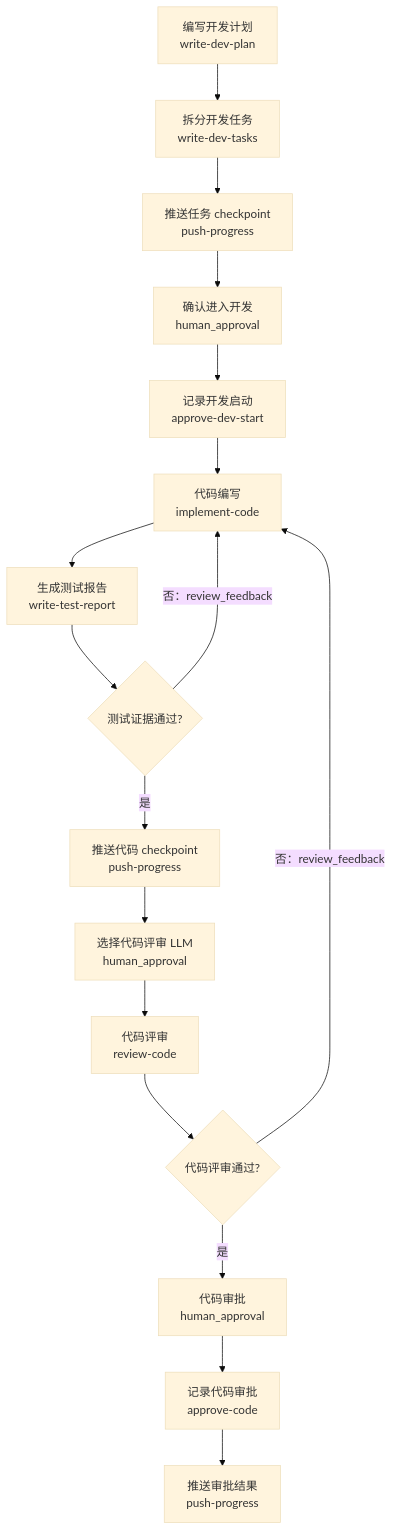
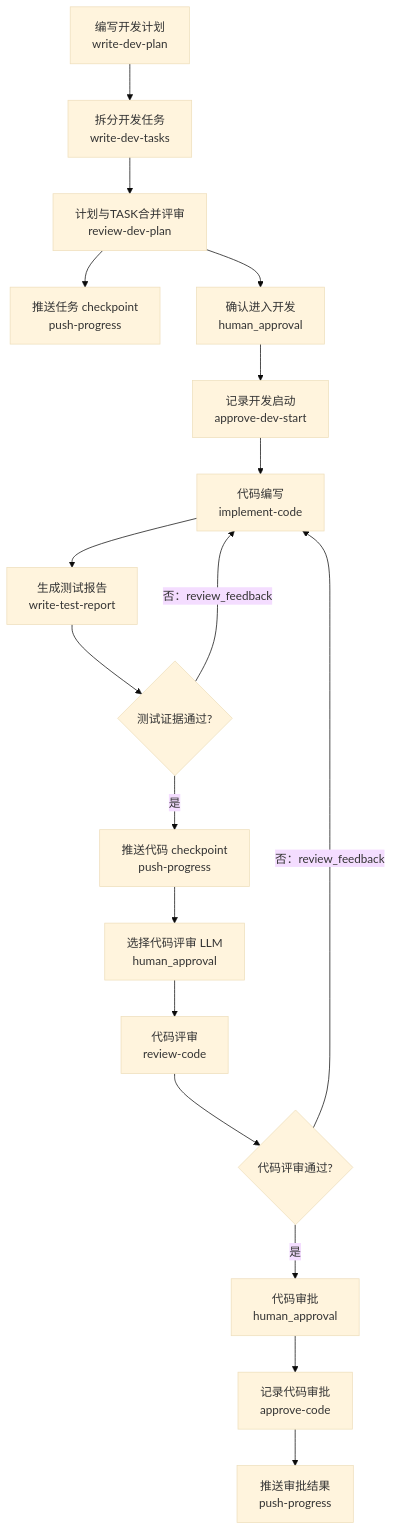
The eighth of 10 diagrams in README.md (OldBoy405/AI-First-tools), drawn with Mermaid (base theme) before and after one commit. The commit also changed other lines of this file and 14 other files, not shown here.

Commit message:
[cr] CR-2026-026 implement: review-dev-plan 编码前质量门禁（TASK-01~07 全落地，116 测试全绿 + 三件套通过）

````diff
--- a/README.md
+++ b/README.md
@@ -415,19 +417,20 @@
 ```mermaid
 flowchart TD
   D1["编写开发计划<br/>write-dev-plan"] --> D2["拆分开发任务<br/>write-dev-tasks"]
-  D2 --> D3["推送任务 checkpoint<br/>push-progress"]
+  D2 --> D3["计划与TASK合并评审<br/>review-dev-plan"]
+  D3 --> D3b["推送任务 checkpoint<br/>push-progress"]
   D3 --> D4["确认进入开发<br/>human_approval"]
   D4 --> D5["记录开发启动<br/>approve-dev-start"]
   D5 --> D6["代码编写<br/>implement-code"]
   D6 --> D7["生成测试报告<br/>write-test-report"]
   D7 --> D7G{"测试证据通过?"}
   D7G -- "否：review_feedback" --> D6
   D7G -- "是" --> D8["推送代码 checkpoint<br/>push-progress"]
   D8 --> D8S["选择代码评审 LLM<br/>human_approval"]
   D8S --> D9["代码评审<br/>review-code"]
   D9 --> D9G{"代码评审通过?"}
   D9G -- "否：review_feedback" --> D6
   D9G -- "是" --> D10["代码审批<br/>human_approval"]
   D10 --> D11["记录代码审批<br/>approve-code"]
   D11 --> D12["推送审批结果<br/>push-progress"]
 ```
````
